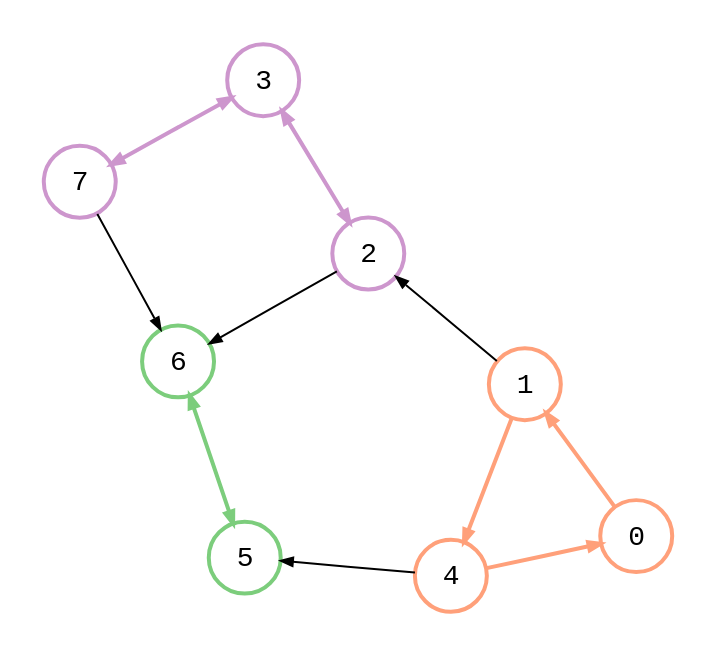
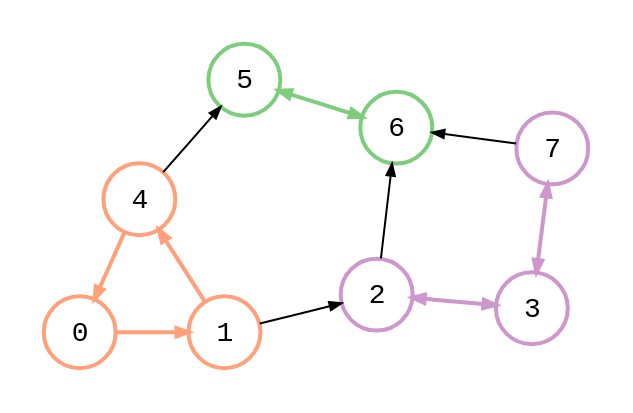
The diagram in src/tarjan_1-0.87.4.dot (bsdrks/graaf-images), drawn with Graphviz before and after one commit. The commit also changed 19 other files, not shown here.

```diff
--- a/src/tarjan_1-0.87.4.dot
+++ b/src/tarjan_1-0.87.4.dot
@@ -1,109 +1,107 @@
 digraph {
     node [shape=circle, fontname="monospace", fixedsize=true, width="0.5"];
     edge [arrowsize=0.6, fontname="monospace", fontsize=9];
     layout=neato;
-    scale=1.3;
     start=3;
-    // normalize=true;
+    normalize=true;
     pad=0.2;
-    // splines=line
-    ranksep=0.4;
-    nodesep=0.4;
+    mode="sgd";
+    splines=line
 
     0, 1, 4 [style=bold, color=lightsalmon];
     5, 6 [style=bold, color=palegreen3];
     2, 3, 7 [style=bold, color=plum3];
 
     0 [
         label=<
             <table border="0" cellpadding="1" cellspacing="0">
                 <tr>
                     <td>0</td>
                 </tr>
             </table>
         >,
     ];
 
     1 [
         label=<
             <table border="0" cellpadding="1" cellspacing="0">
                 <tr>
                     <td>1</td>
                 </tr>
             </table>
         >,
     ];
 
     4 [
         label=<
             <table border="0" cellpadding="1" cellspacing="0">
                 <tr>
                     <td>4</td>
                 </tr>
             </table>
         >,
     ];
 
     2 [
         label=<
             <table border="0" cellpadding="1" cellspacing="0">
                 <tr>
                     <td>2</td>
                 </tr>
             </table>
         >,
     ];
 
     3 [
         label=<
             <table border="0" cellpadding="1" cellspacing="0">
                 <tr>
                     <td>3</td>
                 </tr>
             </table>
         >,
     ];
 
     7 [
         label=<
             <table border="0" cellpadding="1" cellspacing="0">
                 <tr>
                     <td>7</td>
                 </tr>
             </table>
         >,
     ];
 
     5 [
         label=<
             <table border="0" cellpadding="1" cellspacing="0">
                 <tr>
                     <td>5</td>
                 </tr>
             </table>
         >,
     ];
 
     6 [
         label=<
             <table border="0" cellpadding="1" cellspacing="0">
                 <tr>
                     <td>6</td>
                 </tr>
             </table>
         >,
     ];
 
 
     0 -> 1 [color=lightsalmon; style=bold];
     1 -> 2 [color="#bbb"];
     1 -> 4 [color=lightsalmon; style=bold];
     2 -> 3 [color=plum3; dir=both; style=bold];
     2 -> 6 [color="#bbb"];
     3 -> 7 [color=plum3; dir=both; style=bold];
     4 -> 0 [color=lightsalmon; style=bold];
     4 -> 5 [color="#bbb"];
     5 -> 6 [color=palegreen3; dir=both; style=bold];
     7 -> 6 [color="#bbb"];
     // 2 -> 5 [style=invis];
 }
```
